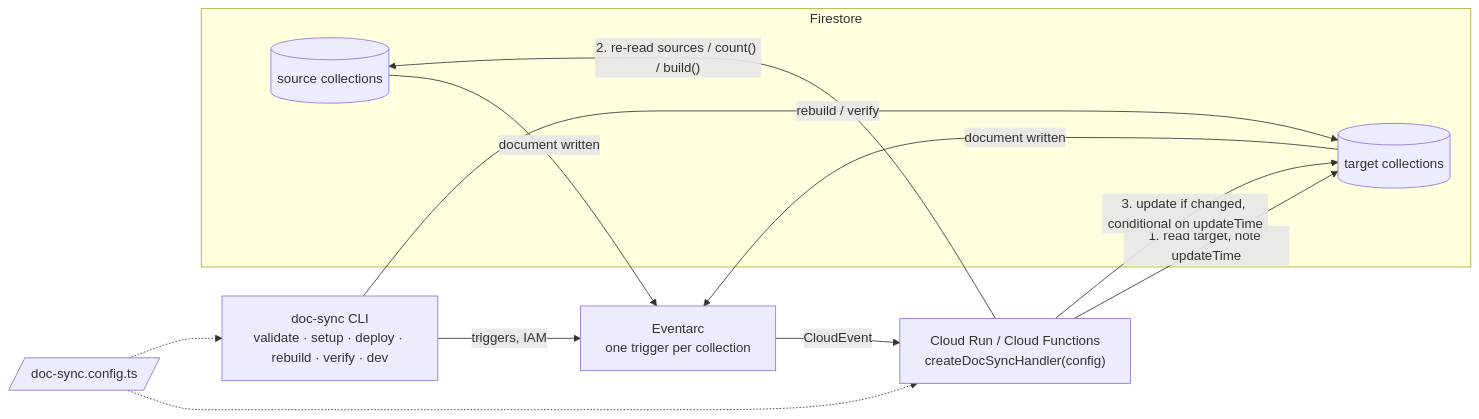
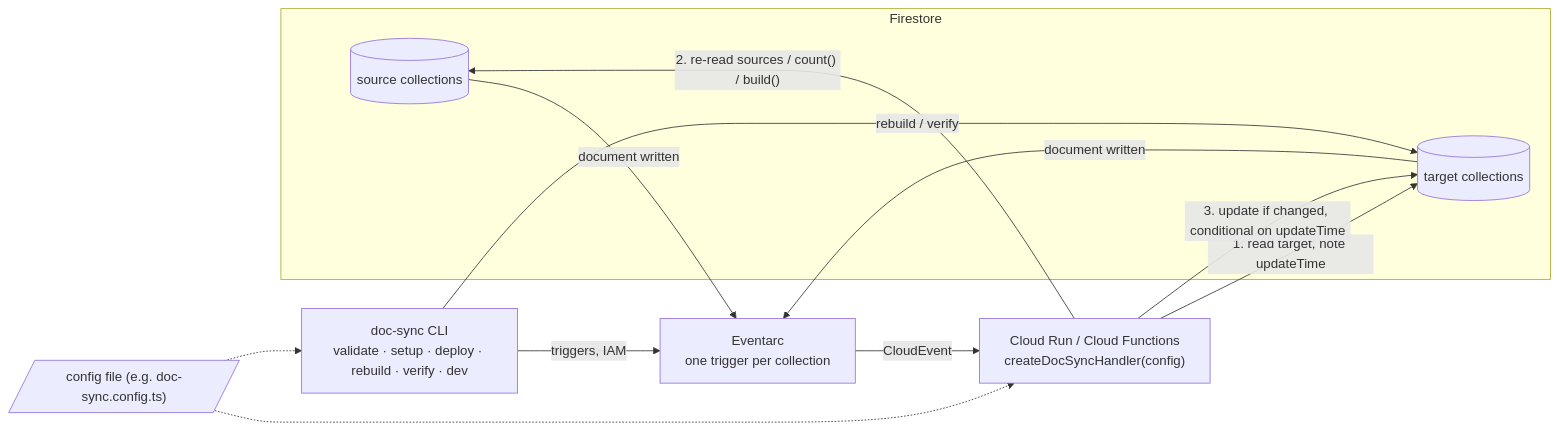
One commit to fire-launch/firestore-denormalize changed the diagram in README.md. Above: the diagram before and after it, drawn with Mermaid. The commit also changed other lines of this file and 3 other files, not shown here.

````diff
--- a/README.md
+++ b/README.md
@@ -88,17 +88,17 @@
 ```mermaid
 flowchart LR
   subgraph fs[Firestore]
     S[(source collections)]
     T[(target collections)]
   end
   S -- document written --> E[Eventarc<br/>one trigger per collection]
   T -- document written --> E
   E -- CloudEvent --> H["Cloud Run / Cloud Functions<br/>createDocSyncHandler(config)"]
   H -- "1. read target, note updateTime" --> T
   H -- "2. re-read sources / count() / build()" --> S
   H -- "3. update if changed, conditional on updateTime" --> T
-  C[/doc-sync.config.ts/] -.-> H
+  C[/"config file (e.g. doc-sync.config.ts)"/] -.-> H
   C -.-> CLI["doc-sync CLI<br/>validate · setup · deploy · rebuild · verify · dev"]
   CLI -- triggers, IAM --> E
   CLI -- rebuild / verify --> T
 ```
````
